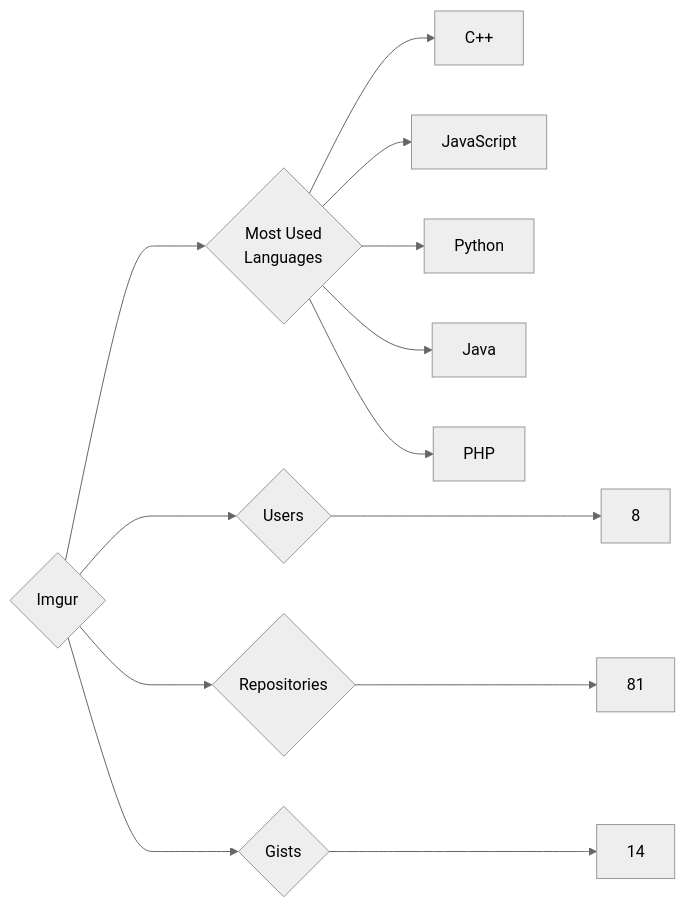
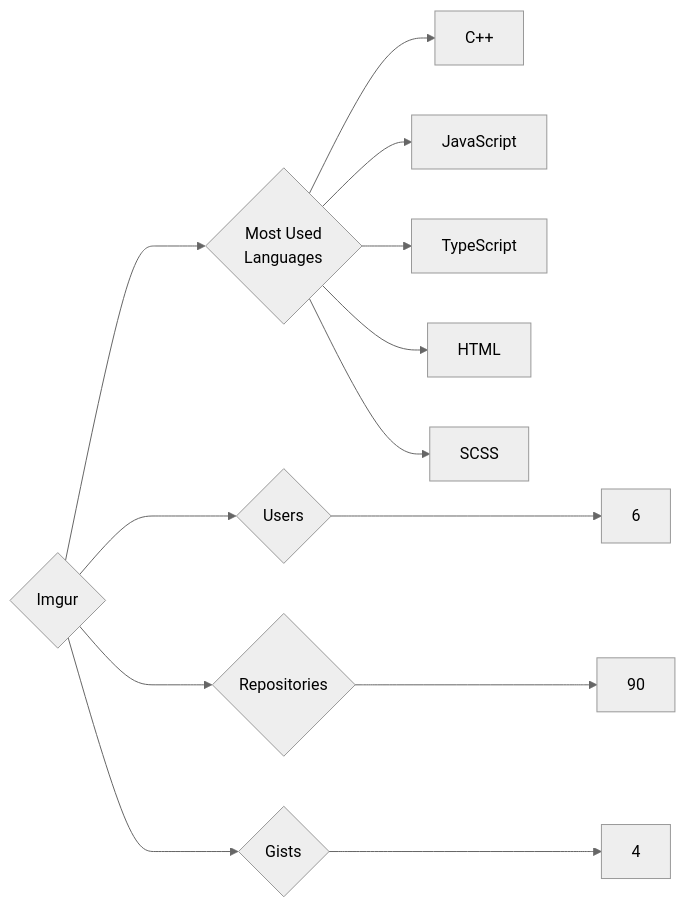
One commit to trickest/insiders changed the diagram in targets/Imgur/README.md. Above: the diagram before and after it, drawn with Mermaid (neutral theme). The commit also changed 1148 other files, not shown here.

````diff
--- a/targets/Imgur/README.md
+++ b/targets/Imgur/README.md
@@ -3,13 +3,13 @@
 ```mermaid
 graph LR
 COMPANY_NAME{Imgur}
-COMPANY_NAME ---> U{Users} ---> UN[8]
-COMPANY_NAME ---> R{Repositories} ---> RN[81]
-COMPANY_NAME ---> G{Gists} ---> GN[14]
+COMPANY_NAME ---> U{Users} ---> UN[6]
+COMPANY_NAME ---> R{Repositories} ---> RN[90]
+COMPANY_NAME ---> G{Gists} ---> GN[4]
 COMPANY_NAME ---> ML{Most Used<br>Languages}
 ML --> C++[C++]
 ML --> JavaScript[JavaScript]
-ML --> Python[Python]
-ML --> Java[Java]
-ML --> PHP[PHP]
+ML --> TypeScript[TypeScript]
+ML --> HTML[HTML]
+ML --> SCSS[SCSS]
 ```
````
